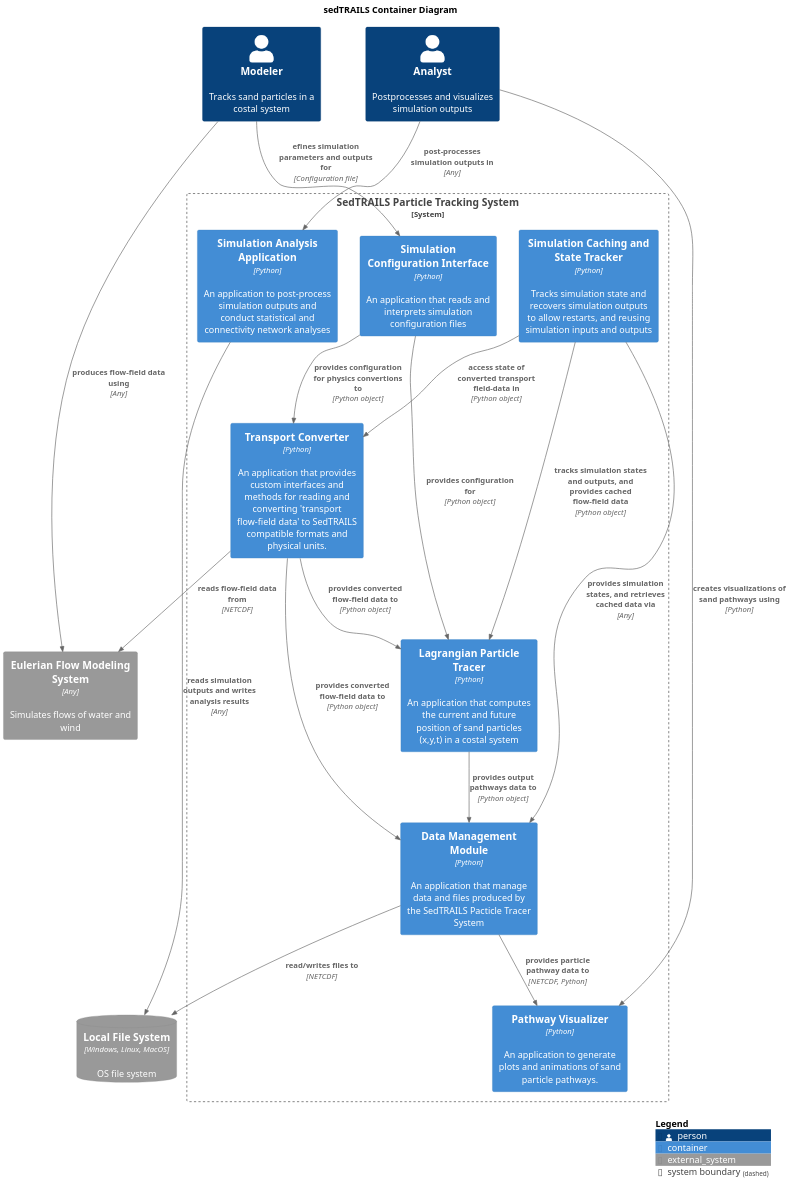
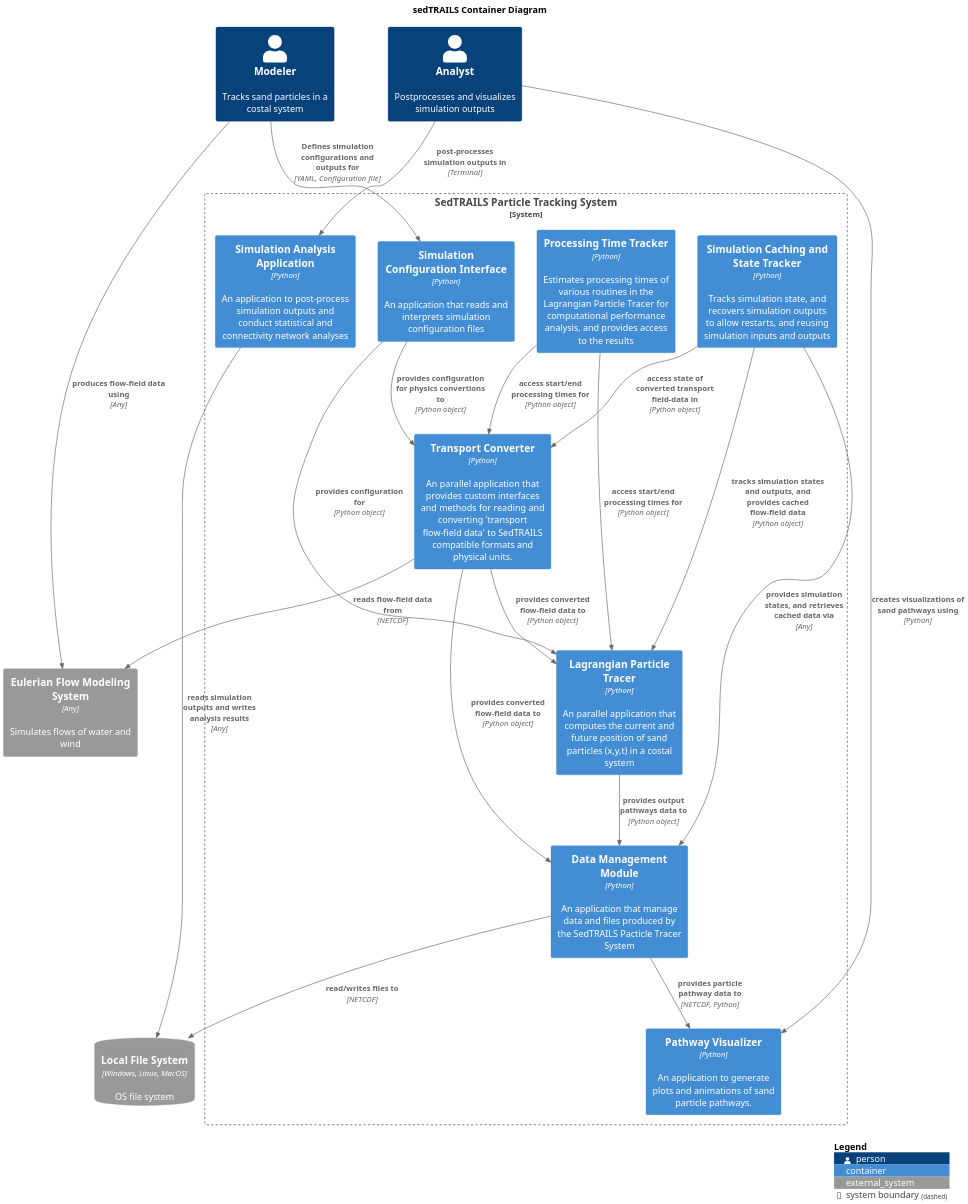
One commit to sgpearson17/sedtrails-sgp changed the diagram in diagrams/containers.puml. Above: the diagram before and after it, drawn with PlantUML.

Commit message:
Enhance Lagrangian Particle Tracer documentation and add Processing Time Tracker relationships in diagrams

```diff
--- a/diagrams/containers.puml
+++ b/diagrams/containers.puml
@@ -1,53 +1,58 @@
 @startuml SedtrailContainer
 !include ./c4/C4_Container.puml
 
 title sedTRAILS Container Diagram
 scale 2
 ' LAYOUT_LANDSCAPE()
 
 Person(modeler, "Modeler", "Tracks sand particles in a costal system")
 Person(analyst, "Analyst", "Postprocesses and visualizes simulation outputs")
 
 System_Boundary(sedtrailsSystem, "SedTRAILS Particle Tracking System"){ 
-    Container(sedtrailsTracer, "Lagrangian Particle Tracer", "Python", "An application that computes the current and future position of sand particles (x,y,t) in a costal system")
+    Container(sedtrailsTracer, "Lagrangian Particle Tracer", "Python", "An parallel application that computes the current and future position of sand particles (x,y,t) in a costal system")
 
     Container(configInterface, "Simulation Configuration Interface", "Python", "An application that reads and interprets simulation configuration files")
 
-    Container(transportConverter, "Transport Converter", "Python", "An application that provides custom interfaces and methods for reading and converting 'transport flow-field data' to SedTRAILS compatible formats and physical units.")
+    Container(transportConverter, "Transport Converter", "Python", "An parallel application that provides custom interfaces and methods for reading and converting 'transport flow-field data' to SedTRAILS compatible formats and physical units.")
     Container(pathwayVisualizer, "Pathway Visualizer", "Python", "An application to generate plots and animations of sand particle pathways.")
-    Container(cache, "Simulation Caching and State Tracker", "Python", "Tracks simulation state and recovers simulation outputs to allow restarts, and reusing simulation inputs and outputs")
+    Container(cache, "Simulation Caching and State Tracker", "Python", "Tracks simulation state, and recovers simulation outputs to allow restarts, and reusing simulation inputs and outputs")
     Container(dataManager, "Data Management Module", "Python", "An application that manage data and files produced by the SedTRAILS Pacticle Tracer System")
 
     Container(analystApp, "Simulation Analysis Application", "Python", "An application to post-process simulation outputs and conduct statistical and connectivity network analyses")
+
+    Container(processingTimeTracker, "Processing Time Tracker", "Python", "Estimates processing times of various routines in the Lagrangian Particle Tracer ​for computational performance analysis, and provides access to the results​")
+    Rel(processingTimeTracker, transportConverter, "access start/end processing times for", "Python object")
+
+    Rel(processingTimeTracker, sedtrailsTracer, "access start/end processing times for", "Python object")
+    
  
     Rel(transportConverter, sedtrailsTracer, "provides converted flow-field data to", "Python object")
 
     Rel(cache, sedtrailsTracer, "tracks simulation states and outputs, and provides cached flow-field data", "Python object")
     Rel(cache, transportConverter, "access state of converted transport field-data in", "Python object")
 
     Rel(configInterface, transportConverter, "provides configuration for physics convertions to", "Python object")
     Rel(configInterface, sedtrailsTracer, "provides configuration for", "Python object")
     Rel(sedtrailsTracer, dataManager, "provides output pathways data to", "Python object")
 
     Rel(transportConverter, dataManager, "provides converted flow-field data to", "Python object") 
     Rel(cache, dataManager, "provides simulation states, and retrieves cached data via", "Any") 
 
     Rel(dataManager, pathwayVisualizer, "provides particle pathway data to", "NETCDF, Python")
 }
 System_Ext(flowSystem, "Eulerian Flow Modeling System", "Simulates flows of water and wind", $type="Any")
 
 SystemDb_Ext(fileSystem, "Local File System", "OS file system", $type="Windows, Linux, MacOS")
 
 Rel(dataManager, fileSystem, "read/writes files to", "NETCDF")
-
-Rel(modeler, configInterface, "efines simulation parameters and outputs for", "Configuration file")
+Rel(modeler, configInterface, "Defines simulation configurations and outputs for", "YAML, Configuration file")
 
 Rel(analyst, pathwayVisualizer, "creates visualizations of sand pathways using", "Python")
-Rel(analyst, analystApp, "post-processes simulation outputs in", "Any")
+Rel(analyst, analystApp, "post-processes simulation outputs in", "Terminal")
 Rel(analystApp, fileSystem, "reads simulation outputs and writes analysis results", "Any")
 
 Rel(modeler, flowSystem, "produces flow-field data using", "Any")
 Rel(transportConverter, flowSystem, "reads flow-field data from", "NETCDF")
 
 SHOW_LEGEND()
 @enduml
```
